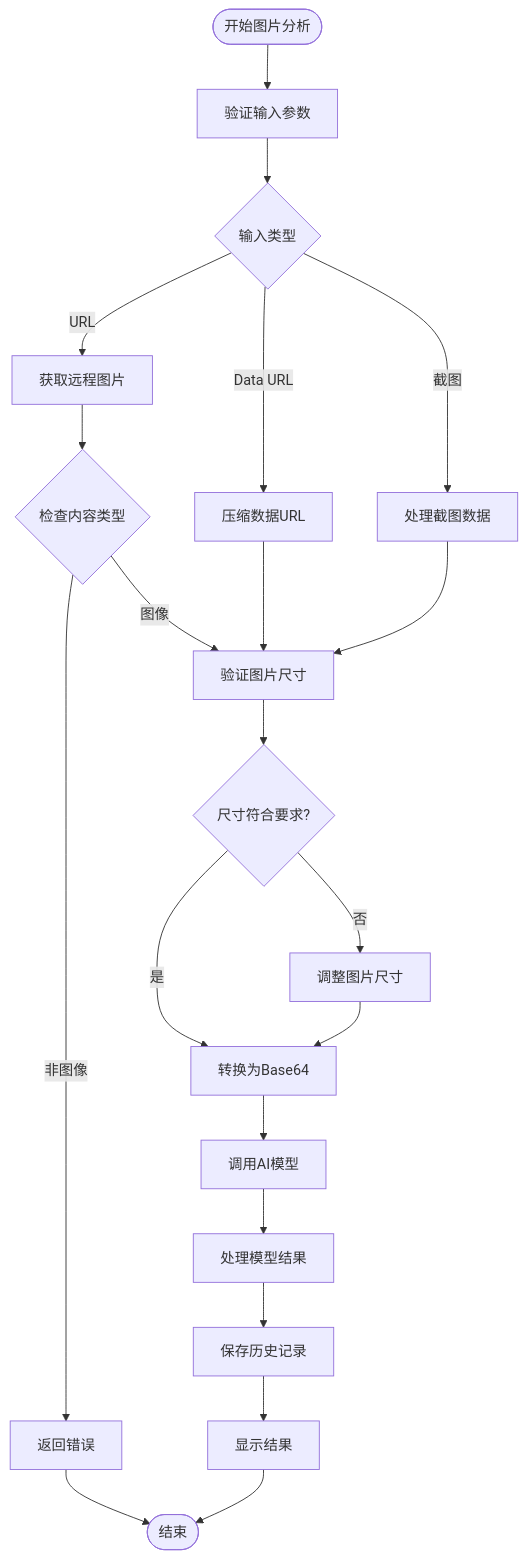
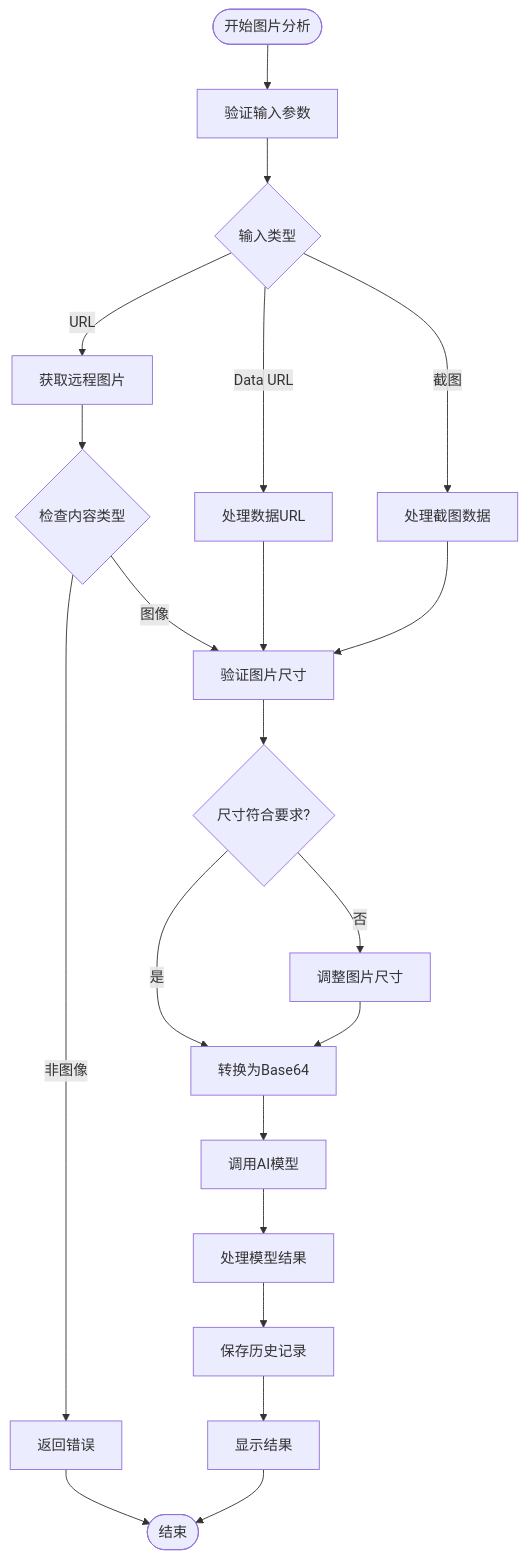
Before and after one commit to binasi/Img2Prompt: the third of 6 diagrams in .qoder/repowiki/zh/content/核心功能/图片分析功能/图片分析功能.md, drawn with Mermaid. The commit also changed other lines of this file and 8 other files, not shown here.

````diff
--- a/.qoder/repowiki/zh/content/核心功能/图片分析功能/图片分析功能.md
+++ b/.qoder/repowiki/zh/content/核心功能/图片分析功能/图片分析功能.md
@@ -137,23 +137,23 @@
 ```mermaid
 flowchart TD
 Start([开始图片分析]) --> ValidateInput["验证输入参数"]
 ValidateInput --> InputType{"输入类型"}
 InputType --> |URL| FetchImage["获取远程图片"]
-InputType --> |Data URL| CompressData["压缩数据URL"]
+InputType --> |Data URL| ProcessData["处理数据URL"]
 InputType --> |截图| ProcessScreenshot["处理截图数据"]
 FetchImage --> CheckContentType{"检查内容类型"}
 CheckContentType --> |图像| ValidateSize["验证图片尺寸"]
 CheckContentType --> |非图像| Error["返回错误"]
-CompressData --> ValidateSize
+ProcessData --> ValidateSize
 ProcessScreenshot --> ValidateSize
 ValidateSize --> SizeOK{"尺寸符合要求?"}
 SizeOK --> |是| ConvertToBase64["转换为Base64"]
 SizeOK --> |否| ResizeImage["调整图片尺寸"]
 ResizeImage --> ConvertToBase64
 ConvertToBase64 --> CallModel["调用AI模型"]
 Error --> End([结束])
 CallModel --> ProcessResult["处理模型结果"]
 ProcessResult --> SaveHistory["保存历史记录"]
 SaveHistory --> DisplayResult["显示结果"]
 DisplayResult --> End
 ```
````
